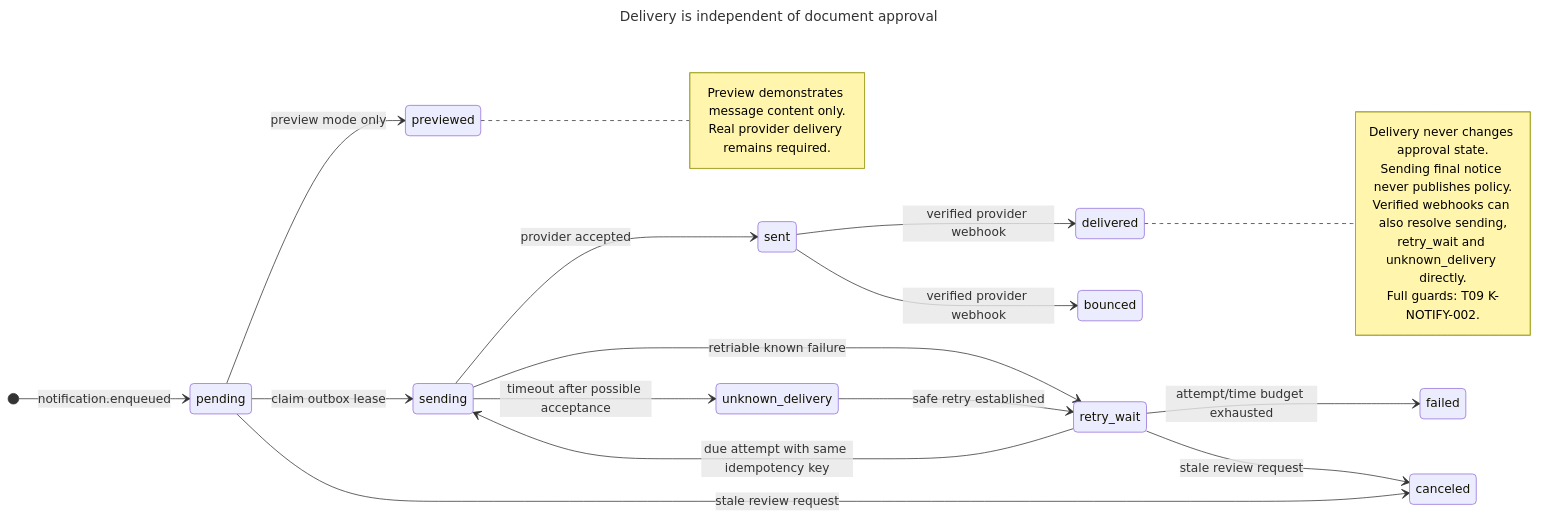
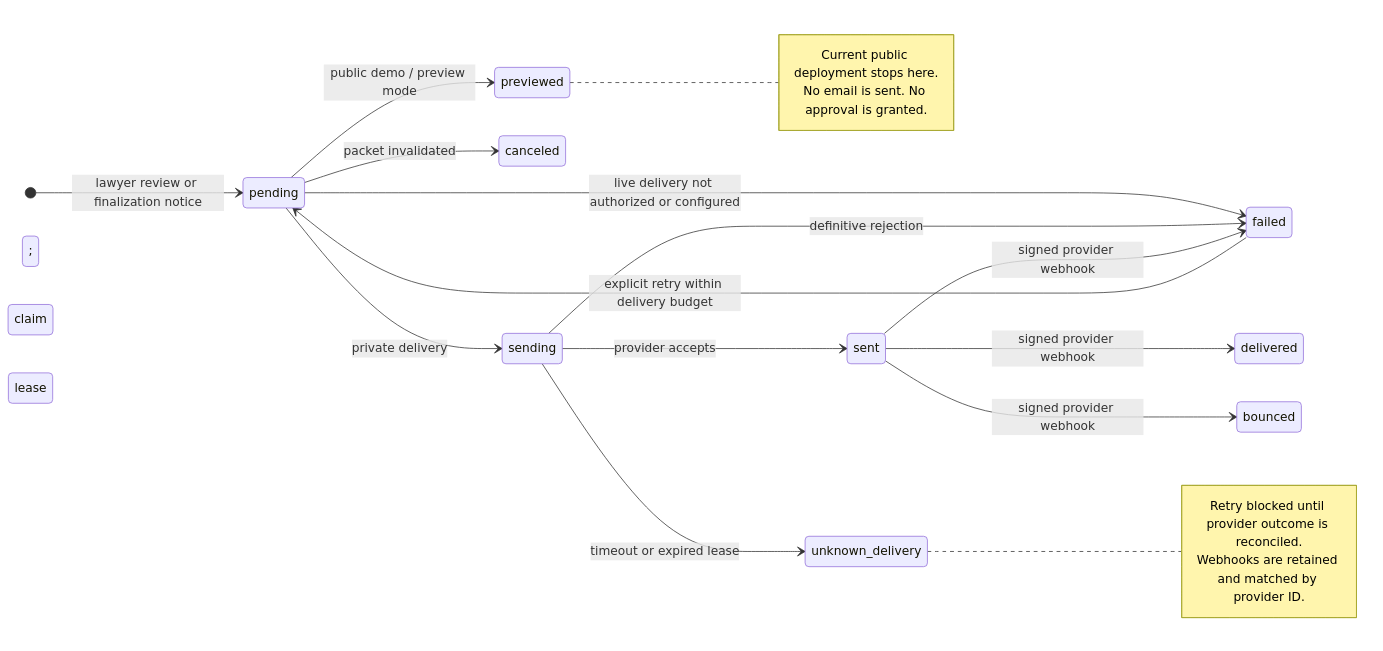
Before and after one commit to AayushDani/kiara: the diagram in kiara-architecture/diagrams/03b-notification-state-machine.mmd, drawn with Mermaid. The commit also changed 61 other files, not shown here.

Commit message:
Document deployed architecture with layered diagrams and implementation boundaries

```diff
--- a/kiara-architecture/diagrams/03b-notification-state-machine.mmd
+++ b/kiara-architecture/diagrams/03b-notification-state-machine.mmd
@@ -1,29 +1,22 @@
----
-title: Delivery is independent of document approval
----
 stateDiagram-v2
   direction LR
-  [*] --> pending: notification.enqueued
-  pending --> previewed: preview mode only
-  pending --> sending: claim outbox lease
-  sending --> sent: provider accepted
-  sending --> retry_wait: retriable known failure
-  sending --> unknown_delivery: timeout after possible acceptance
-  retry_wait --> sending: due attempt with same idempotency key
-  unknown_delivery --> retry_wait: safe retry established
-  sent --> delivered: verified provider webhook
-  sent --> bounced: verified provider webhook
-  retry_wait --> failed: attempt/time budget exhausted
-  pending --> canceled: stale review request
-  retry_wait --> canceled: stale review request
+  [*] --> pending: lawyer review or finalization notice
+  pending --> previewed: public demo / preview mode
+  pending --> canceled: packet invalidated
+  pending --> failed: live delivery not authorized or configured
+  pending --> sending: private delivery; claim lease
+  sending --> sent: provider accepts
+  sending --> failed: definitive rejection
+  sending --> unknown_delivery: timeout or expired lease
+  failed --> pending: explicit retry within delivery budget
+  sent --> delivered: signed provider webhook
+  sent --> bounced: signed provider webhook
+  sent --> failed: signed provider webhook
   note right of previewed
-    Preview demonstrates message content only.
-    Real provider delivery remains required.
+    Current public deployment stops here.
+    No email is sent. No approval is granted.
   end note
-  note right of delivered
-    Delivery never changes approval state.
-    Sending final notice never publishes policy.
-    Verified webhooks can also resolve sending,
-    retry_wait and unknown_delivery directly.
-    Full guards: T09 K-NOTIFY-002.
+  note right of unknown_delivery
+    Retry blocked until provider outcome is reconciled.
+    Webhooks are retained and matched by provider ID.
   end note
```
